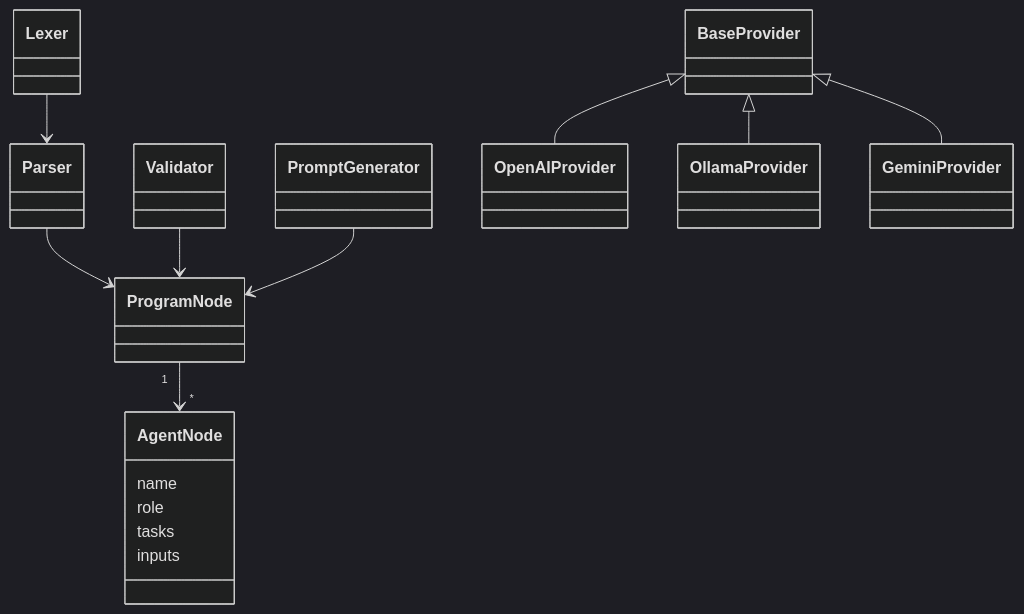
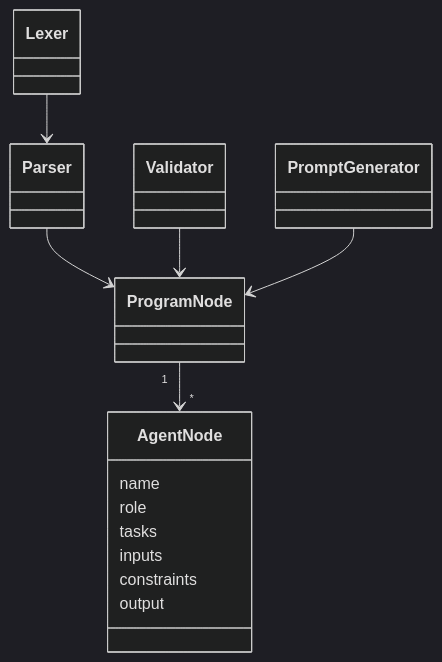
One commit to RockyRaut/Prompt-Engineering-DSL changed the diagram in docs/architecture.md. Above: the diagram before and after it, drawn with Mermaid (dark theme). The commit also changed other lines of this file and 21 other files, not shown here.

````diff
--- a/docs/architecture.md
+++ b/docs/architecture.md
@@ -3,15 +9,14 @@
 ```mermaid
 classDiagram
     ProgramNode "1" --> "*" AgentNode
     AgentNode : name
     AgentNode : role
     AgentNode : tasks
     AgentNode : inputs
+    AgentNode : constraints
+    AgentNode : output
     Parser --> ProgramNode
     Lexer --> Parser
     Validator --> ProgramNode
     PromptGenerator --> ProgramNode
-    BaseProvider <|-- OpenAIProvider
-    BaseProvider <|-- OllamaProvider
-    BaseProvider <|-- GeminiProvider
 ```
````
